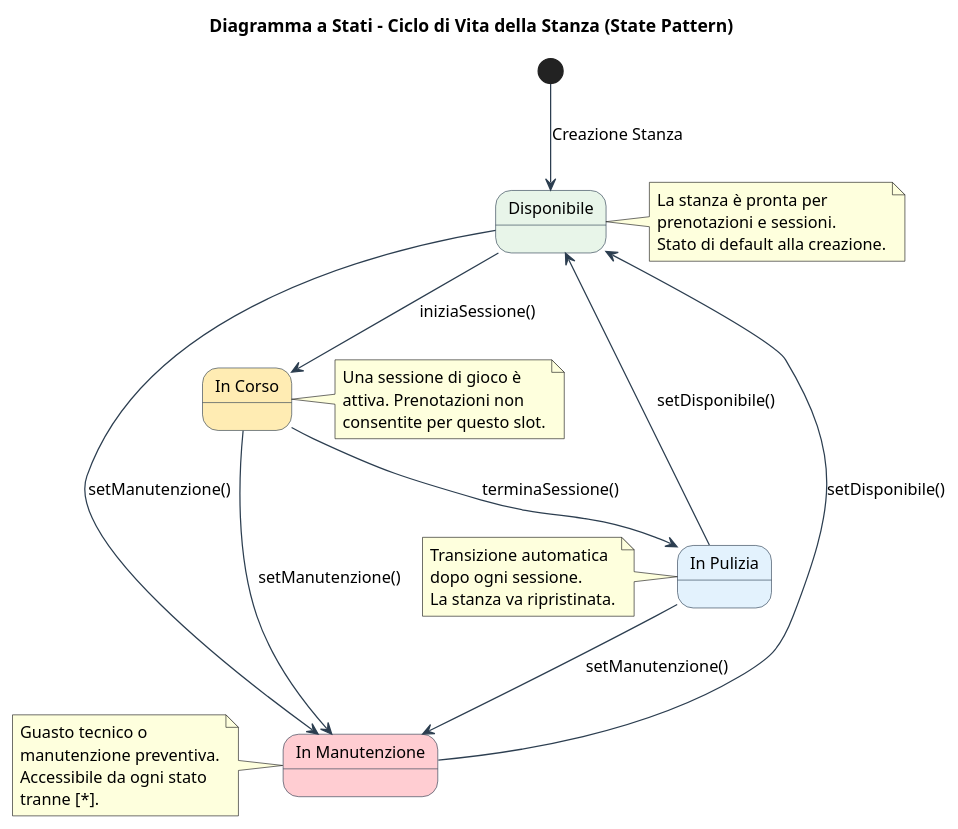
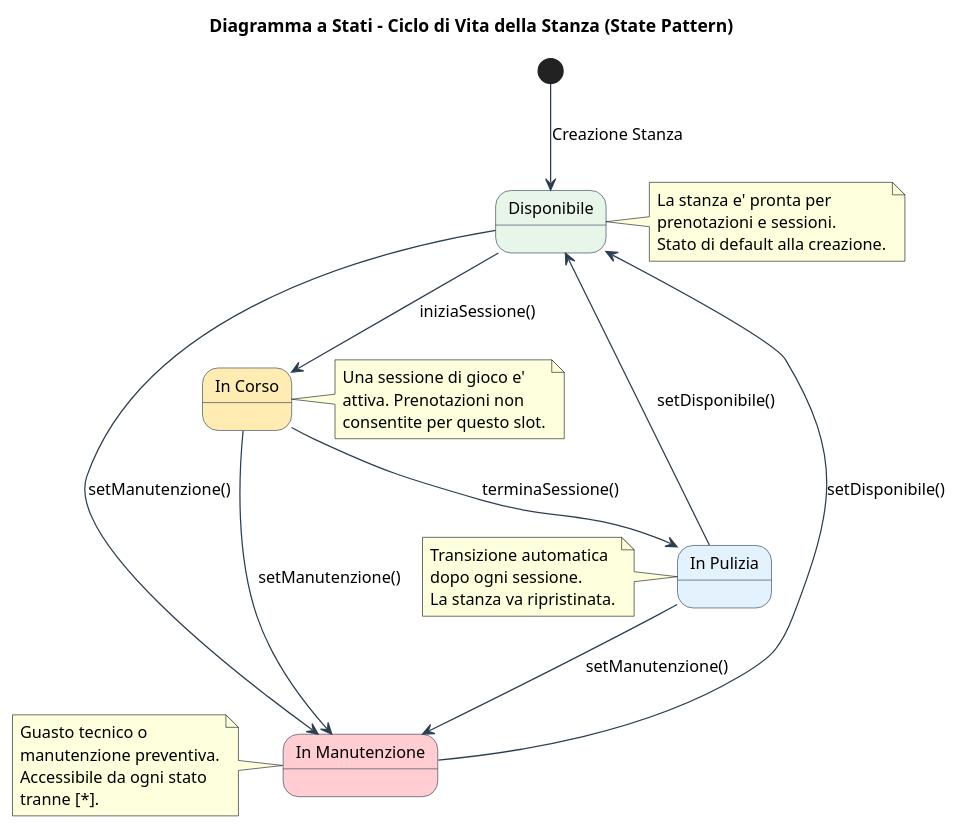
Before and after one commit to Adrycasta04/EscapeManager: the diagram in docs/UML/state_machine_room.puml, drawn with PlantUML. The commit also changed 23 other files, not shown here.

Commit message:
feat: Add initial UML design diagrams and LaTeX project documentation.

```diff
--- a/docs/UML/state_machine_room.puml
+++ b/docs/UML/state_machine_room.puml
@@ -1,63 +1,63 @@
 @startuml state_machine_room
 
 title Diagramma a Stati - Ciclo di Vita della Stanza (State Pattern)
 
 skinparam backgroundColor #FFFFFF
 skinparam state {
     BackgroundColor #F0F4F8
     BorderColor #2C3E50
     FontSize 13
     ArrowColor #2C3E50
 }
 
 [*] --> Disponibile : Creazione Stanza
 
 state "Disponibile" as Disponibile #E8F5E9 {
 }
 
 state "In Corso" as InCorso #FFECB3 {
 }
 
 state "In Pulizia" as InPulizia #E3F2FD {
 }
 
 state "In Manutenzione" as InManutenzione #FFCDD2 {
 }
 
 Disponibile --> InCorso : iniziaSessione()
 Disponibile --> InManutenzione : setManutenzione()
 
 InCorso --> InPulizia : terminaSessione()
 InCorso --> InManutenzione : setManutenzione()
 
 InPulizia --> Disponibile : setDisponibile()
 InPulizia --> InManutenzione : setManutenzione()
 
 InManutenzione --> Disponibile : setDisponibile()
 
 note right of Disponibile
-  La stanza è pronta per
+  La stanza e' pronta per
   prenotazioni e sessioni.
   Stato di default alla creazione.
 end note
 
 note right of InCorso
-  Una sessione di gioco è
+  Una sessione di gioco e'
   attiva. Prenotazioni non
   consentite per questo slot.
 end note
 
 note left of InPulizia
   Transizione automatica
   dopo ogni sessione.
   La stanza va ripristinata.
 end note
 
 note left of InManutenzione
   Guasto tecnico o
   manutenzione preventiva.
   Accessibile da ogni stato
   tranne [*].
 end note
 
 @enduml
```
